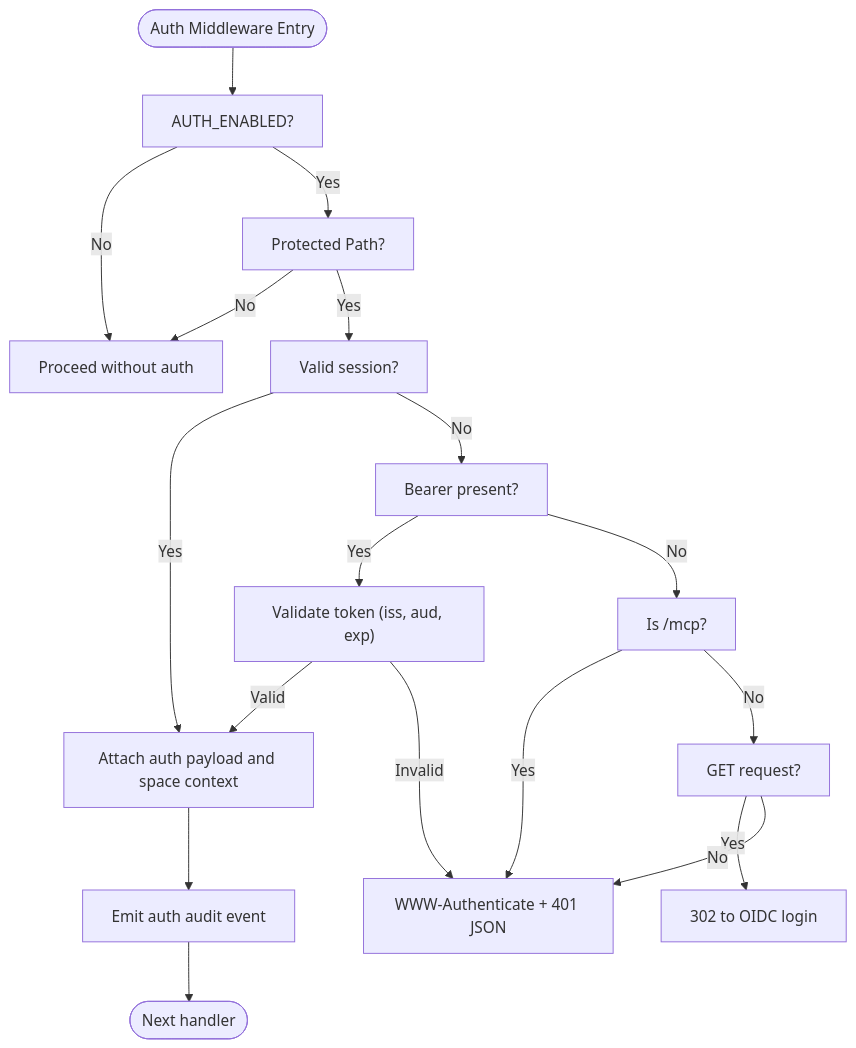
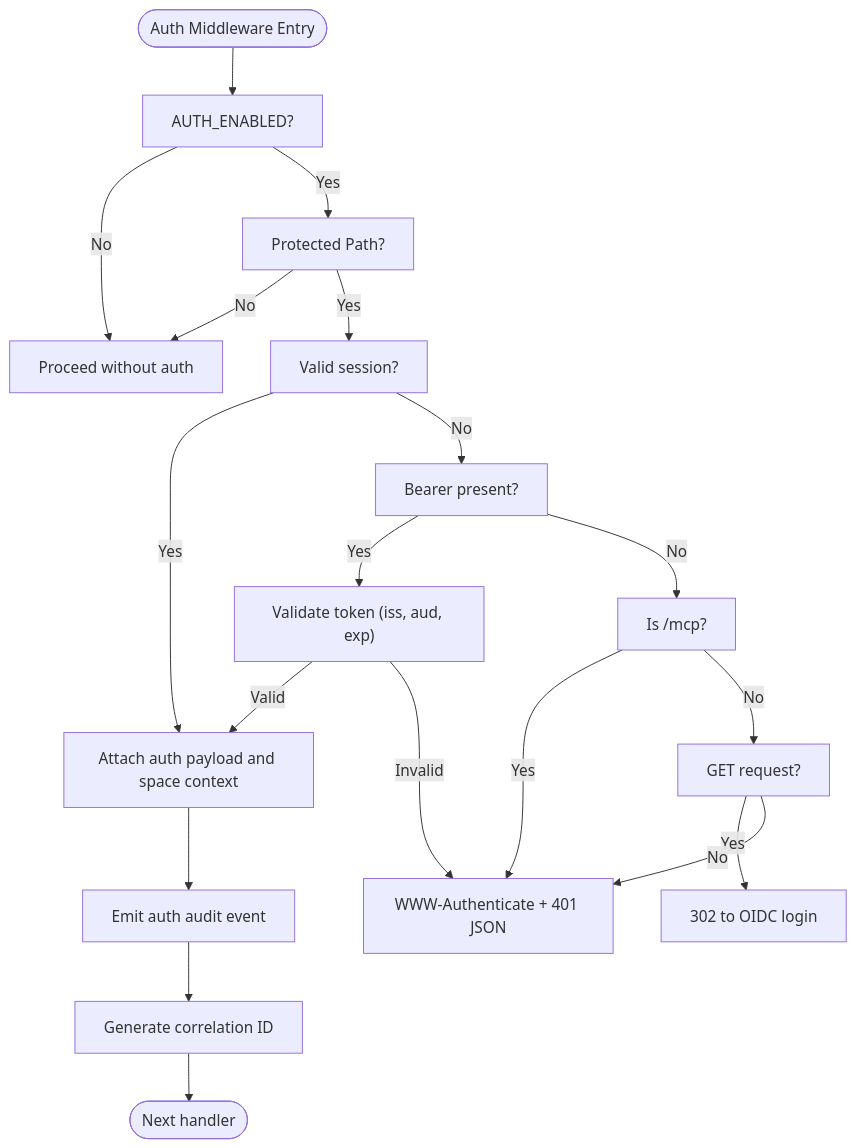
The third of 5 diagrams in .qoder/repowiki/en/content/Security Considerations.md (debian777/kairos-mcp), drawn with Mermaid before and after one commit. The commit also changed other lines of this file and 5 other files, not shown here.

````diff
--- a/.qoder/repowiki/en/content/Security Considerations.md
+++ b/.qoder/repowiki/en/content/Security Considerations.md
@@ -174,20 +184,21 @@
 ```mermaid
 flowchart TD
 Start(["Auth Middleware Entry"]) --> CheckEnabled["AUTH_ENABLED?"]
 CheckEnabled --> |No| Allow["Proceed without auth"]
 CheckEnabled --> |Yes| Protected["Protected Path?"]
 Protected --> |No| Allow
 Protected --> |Yes| HasSession["Valid session?"]
 HasSession --> |Yes| AttachCtx["Attach auth payload and space context"]
 HasSession --> |No| HasBearer["Bearer present?"]
 HasBearer --> |Yes| ValidateBearer["Validate token (iss, aud, exp)"]
 ValidateBearer --> |Valid| AttachCtx
 ValidateBearer --> |Invalid| WWWAuth["WWW-Authenticate + 401 JSON"]
 HasBearer --> |No| IsMCP["Is /mcp?"]
 IsMCP --> |Yes| WWWAuth
 IsMCP --> |No| IsGET["GET request?"]
 IsGET --> |Yes| Redirect["302 to OIDC login"]
 IsGET --> |No| WWWAuth
 AttachCtx --> EmitAudit["Emit auth audit event"]
-EmitAudit --> End(["Next handler"])
+EmitAudit --> Correlation["Generate correlation ID"]
+Correlation --> End(["Next handler"])
 ```
````
